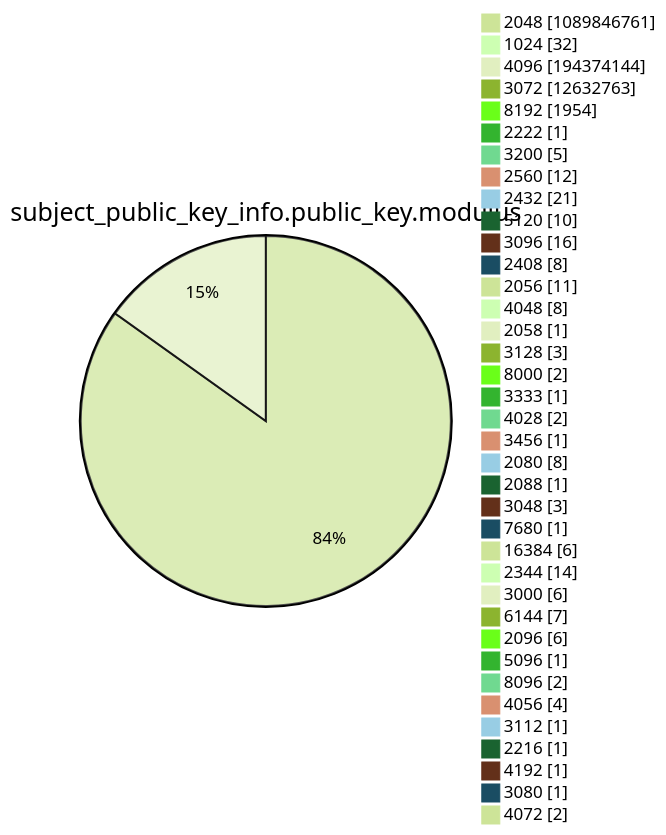
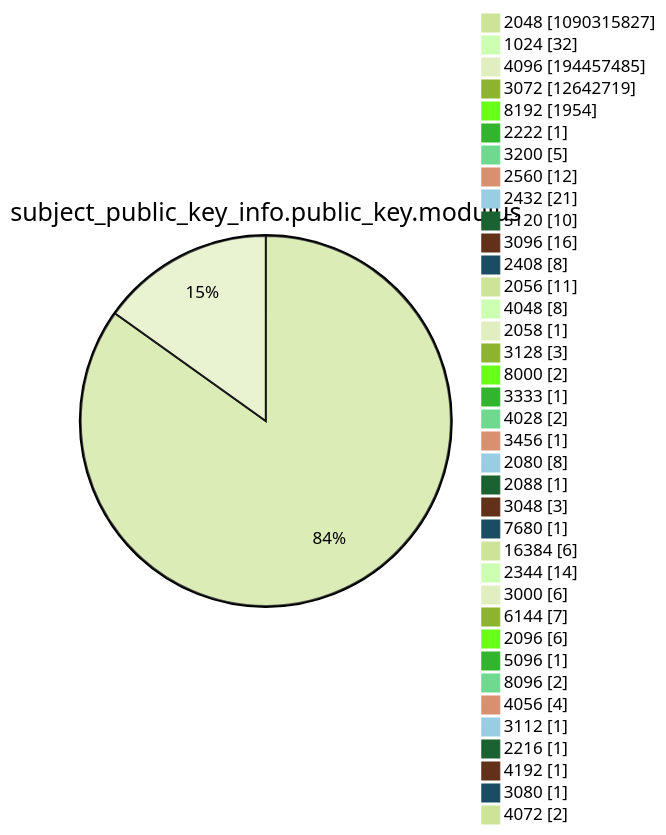
One commit to christiankrug/ctmonitor_visualization changed diagram 13 of 15 in argon2022/README.md. Above: the diagram before and after it, drawn with Mermaid (forest theme). The commit also changed other lines of this file, not shown here.

````diff
--- a/argon2022/README.md
+++ b/argon2022/README.md
@@ -3589,41 +3589,41 @@
 ```mermaid
 pie showData
 title subject_public_key_info.public_key.modulus
-"2048" :1089846761
+"2048" :1090315827
 "1024" :32
-"4096" :194374144
-"3072" :12632763
+"4096" :194457485
+"3072" :12642719
 "8192" :1954
 "2222" :1
 "3200" :5
 "2560" :12
 "2432" :21
 "5120" :10
 "3096" :16
 "2408" :8
 "2056" :11
 "4048" :8
 "2058" :1
 "3128" :3
 "8000" :2
 "3333" :1
 "4028" :2
 "3456" :1
 "2080" :8
 "2088" :1
 "3048" :3
 "7680" :1
 "16384" :6
 "2344" :14
 "3000" :6
 "6144" :7
 "2096" :6
 "5096" :1
 "8096" :2
 "4056" :4
 "3112" :1
 "2216" :1
 "4192" :1
 "3080" :1
 "4072" :2
 ```
````
